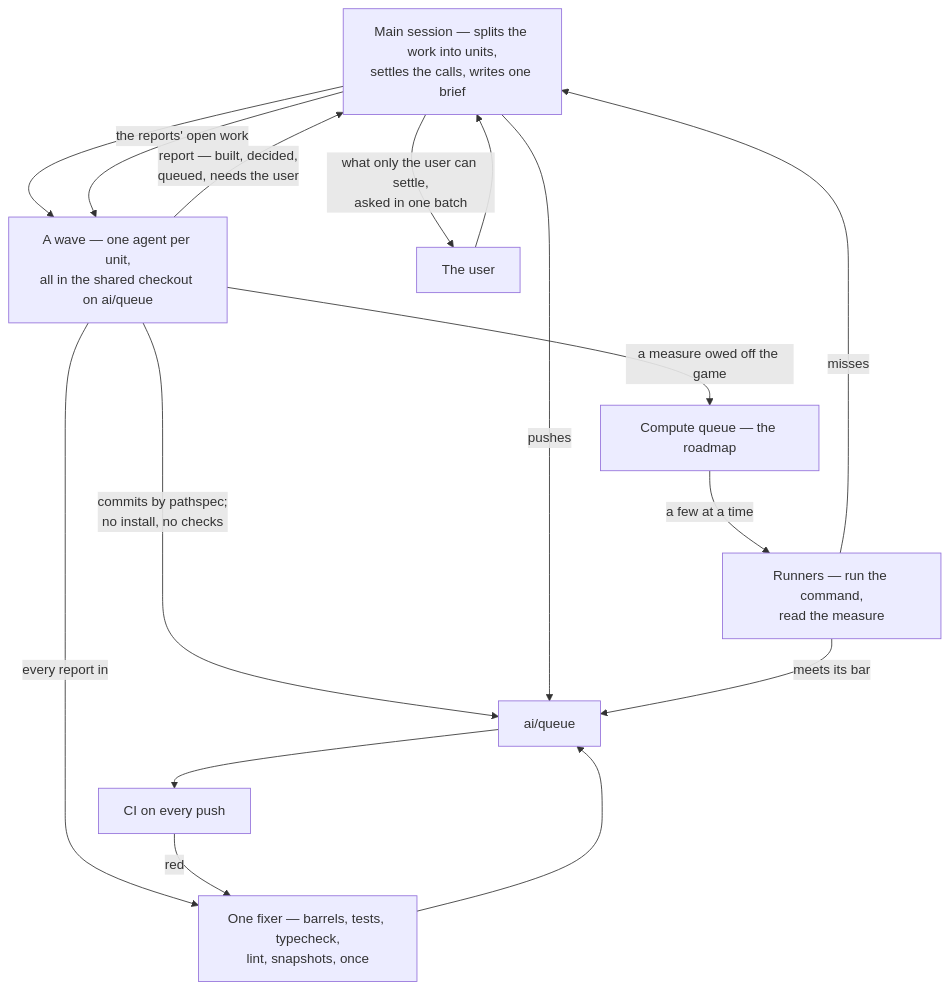
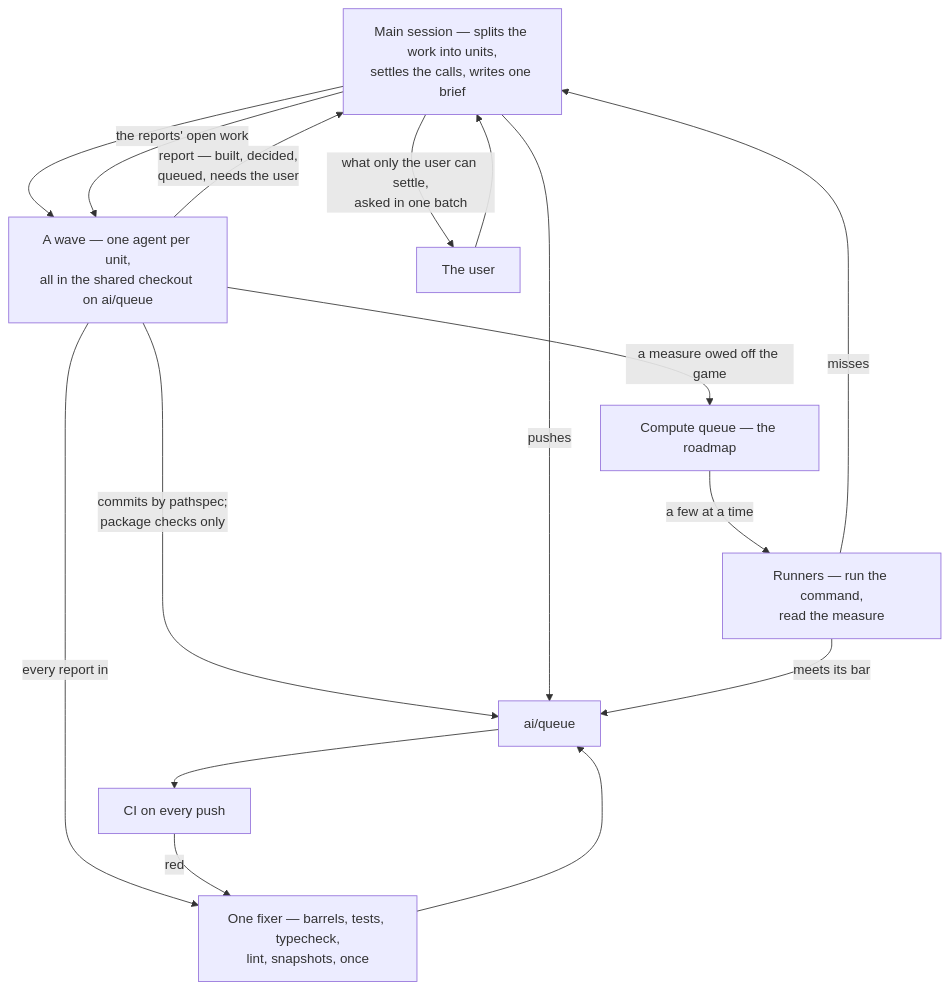
One commit to Esposter/Esposter changed the diagram in apps/web/content/docs/architecture/agent-batches.md. Above: the diagram before and after it, drawn with Mermaid. The commit also changed other lines of this file and 3 other files, not shown here.

````diff
--- a/apps/web/content/docs/architecture/agent-batches.md
+++ b/apps/web/content/docs/architecture/agent-batches.md
@@ -12,18 +12,18 @@
 ```mermaid
 flowchart TD
   M["Main session — splits the work into units,<br/>settles the calls, writes one brief"] --> W["A wave — one agent per unit,<br/>all in the shared checkout on ai/queue"]
-  W -->|"commits by pathspec;<br/>no install, no checks"| Q["ai/queue"]
+  W -->|"commits by pathspec;<br/>package checks only"| Q["ai/queue"]
   W -->|"report — built, decided,<br/>queued, needs the user"| M
   M -->|"pushes"| Q
   Q --> CI["CI on every push"]
   W -->|"every report in"| F["One fixer — barrels, tests, typecheck,<br/>lint, snapshots, once"]
   CI -->|"red"| F
   F --> Q
   W -->|"a measure owed off the game"| CQ["Compute queue — the roadmap"]
   CQ -->|"a few at a time"| R["Runners — run the command,<br/>read the measure"]
   R -->|"meets its bar"| Q
   R -->|"misses"| M
   M -->|"what only the user can settle,<br/>asked in one batch"| U["The user"]
   U --> M
   M -->|"the reports' open work"| W
 ```
````
